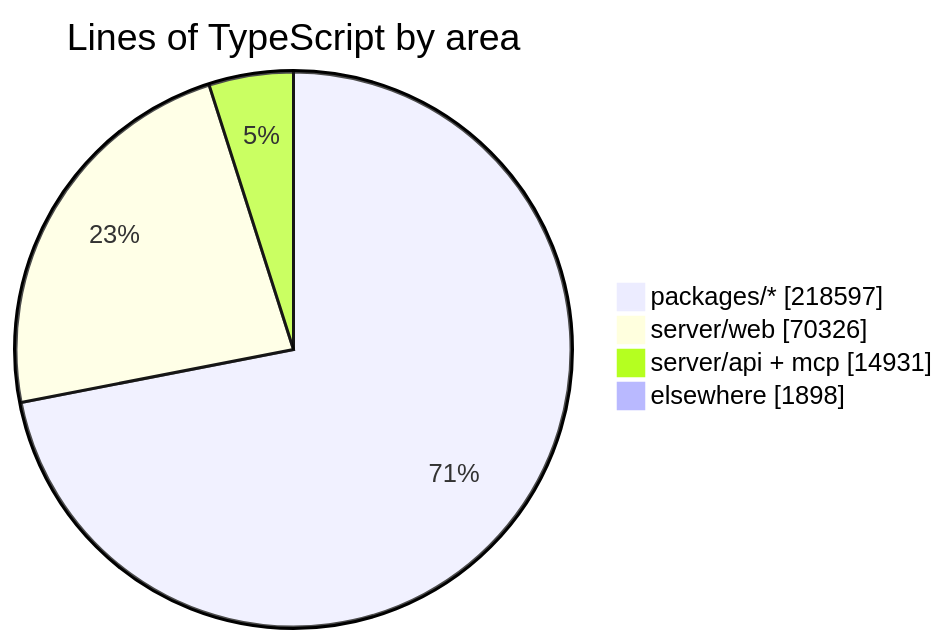
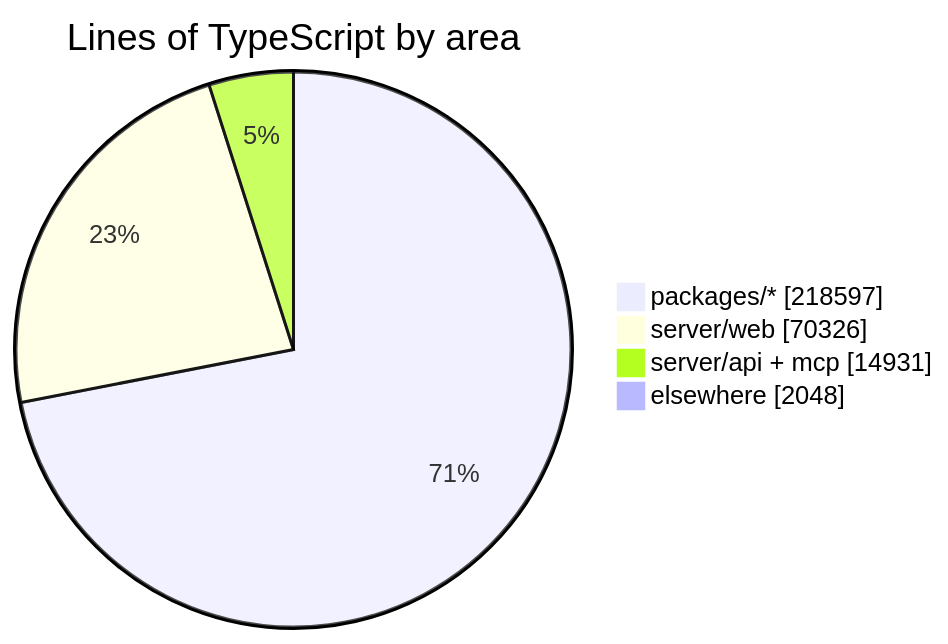
The diagram in README.md (crossworks-engineering/mantle), drawn with Mermaid before and after one commit. The commit also changed other lines of this file and 2 other files, not shown here.

````diff
--- a/README.md
+++ b/README.md
@@ -287,7 +287,7 @@
 ```mermaid
 pie showData title Lines of TypeScript by area
     "packages/*" : 218597
     "server/web" : 70326
     "server/api + mcp" : 14931
-    "elsewhere" : 1898
+    "elsewhere" : 2048
 ```
````
